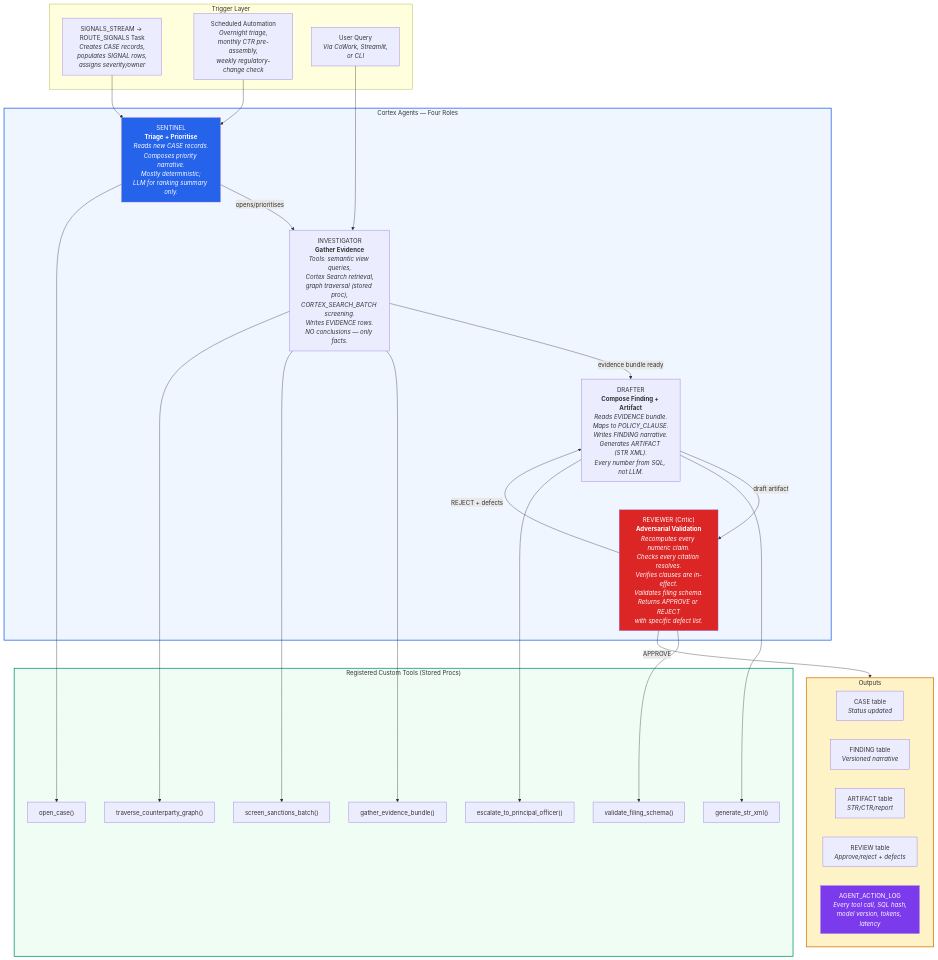
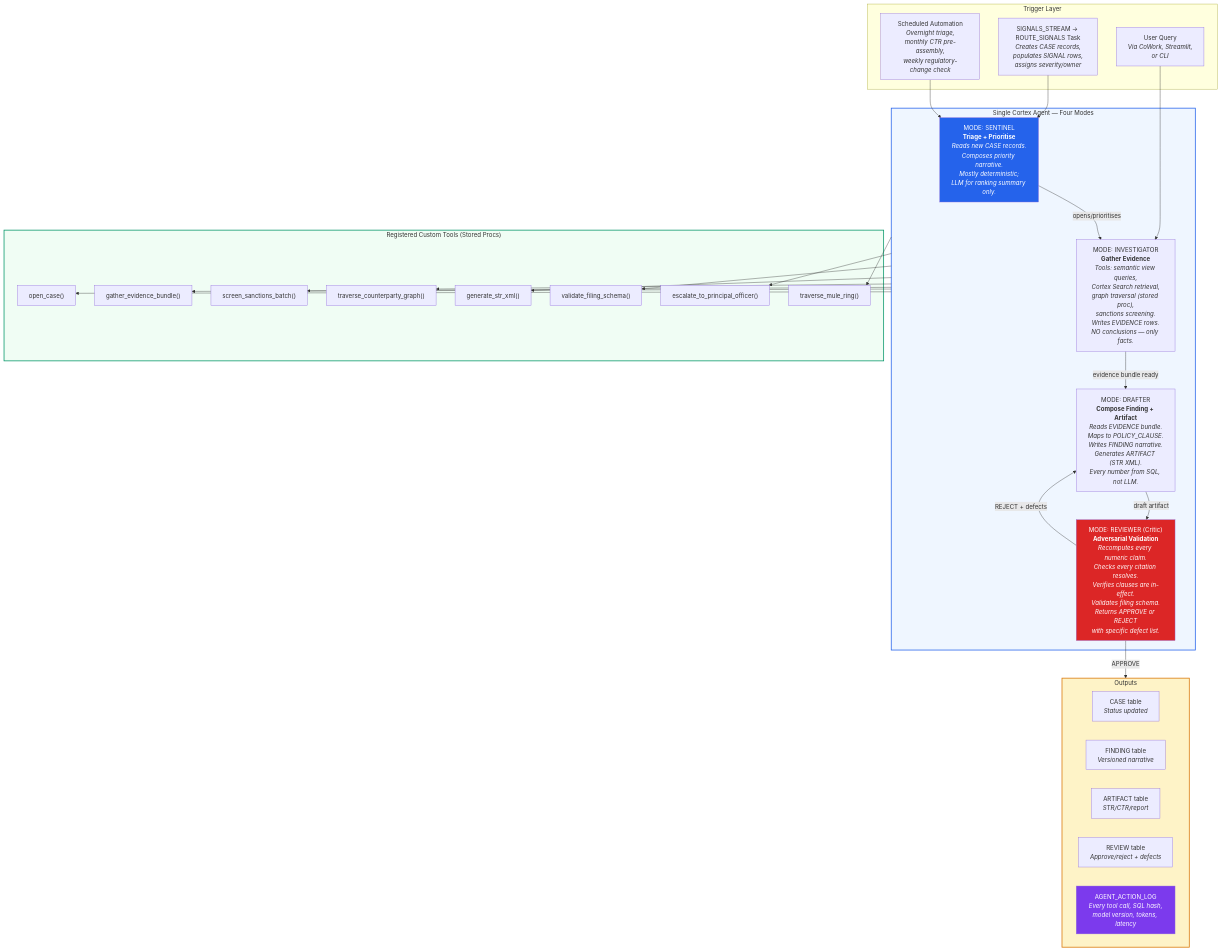
Before and after one commit to AbhaBarge/RiskRemoved_Snowflake: the seventh of 18 diagrams in docs/enhanced-architecture-diagrams.md, drawn with Mermaid. The commit also changed other lines of this file and 4 other files, not shown here.

````diff
--- a/docs/enhanced-architecture-diagrams.md
+++ b/docs/enhanced-architecture-diagrams.md
@@ -520,61 +536,63 @@
 ```mermaid
 flowchart TB
     subgraph TRIGGER["Trigger Layer"]
         STREAM_TASK["SIGNALS_STREAM → ROUTE_SIGNALS Task<br/><i>Creates CASE records,<br/>populates SIGNAL rows,<br/>assigns severity/owner</i>"]
         SCHEDULE["Scheduled Automation<br/><i>Overnight triage,<br/>monthly CTR pre-assembly,<br/>weekly regulatory-change check</i>"]
         USER["User Query<br/><i>Via CoWork, Streamlit,<br/>or CLI</i>"]
     end
 
-    subgraph AGENTS["Cortex Agents — Four Roles"]
-        SENTINEL["SENTINEL<br/><b>Triage + Prioritise</b><br/><i>Reads new CASE records.<br/>Composes priority narrative.<br/>Mostly deterministic;<br/>LLM for ranking summary only.</i>"]
+    subgraph AGENT["Single Cortex Agent — Four Modes"]
+        SENTINEL["MODE: SENTINEL<br/><b>Triage + Prioritise</b><br/><i>Reads new CASE records.<br/>Composes priority narrative.<br/>Mostly deterministic;<br/>LLM for ranking summary only.</i>"]
 
-        INVESTIGATOR["INVESTIGATOR<br/><b>Gather Evidence</b><br/><i>Tools: semantic view queries,<br/>Cortex Search retrieval,<br/>graph traversal (stored proc),<br/>CORTEX_SEARCH_BATCH screening.<br/>Writes EVIDENCE rows.<br/>NO conclusions — only facts.</i>"]
+        INVESTIGATOR["MODE: INVESTIGATOR<br/><b>Gather Evidence</b><br/><i>Tools: semantic view queries,<br/>Cortex Search retrieval,<br/>graph traversal (stored proc),<br/>sanctions screening.<br/>Writes EVIDENCE rows.<br/>NO conclusions — only facts.</i>"]
 
-        DRAFTER["DRAFTER<br/><b>Compose Finding + Artifact</b><br/><i>Reads EVIDENCE bundle.<br/>Maps to POLICY_CLAUSE.<br/>Writes FINDING narrative.<br/>Generates ARTIFACT (STR XML).<br/>Every number from SQL, not LLM.</i>"]
+        DRAFTER["MODE: DRAFTER<br/><b>Compose Finding + Artifact</b><br/><i>Reads EVIDENCE bundle.<br/>Maps to POLICY_CLAUSE.<br/>Writes FINDING narrative.<br/>Generates ARTIFACT (STR XML).<br/>Every number from SQL, not LLM.</i>"]
 
-        REVIEWER["REVIEWER (Critic)<br/><b>Adversarial Validation</b><br/><i>Recomputes every numeric claim.<br/>Checks every citation resolves.<br/>Verifies clauses are in-effect.<br/>Validates filing schema.<br/>Returns APPROVE or REJECT<br/>with specific defect list.</i>"]
+        REVIEWER["MODE: REVIEWER (Critic)<br/><b>Adversarial Validation</b><br/><i>Recomputes every numeric claim.<br/>Checks every citation resolves.<br/>Verifies clauses are in-effect.<br/>Validates filing schema.<br/>Returns APPROVE or REJECT<br/>with specific defect list.</i>"]
     end
 
     subgraph TOOLS["Registered Custom Tools (Stored Procs)"]
         T1["open_case()"]
         T2["gather_evidence_bundle()"]
         T3["screen_sanctions_batch()"]
         T4["traverse_counterparty_graph()"]
         T5["generate_str_xml()"]
         T6["validate_filing_schema()"]
         T7["escalate_to_principal_officer()"]
+        T8["traverse_mule_ring()"]
     end
 
     subgraph OUTPUT["Outputs"]
         CASE_DB["CASE table<br/><i>Status updated</i>"]
         FINDING_DB["FINDING table<br/><i>Versioned narrative</i>"]
         ARTIFACT_DB["ARTIFACT table<br/><i>STR/CTR/report</i>"]
         REVIEW_DB["REVIEW table<br/><i>Approve/reject + defects</i>"]
         AUDIT["AGENT_ACTION_LOG<br/><i>Every tool call, SQL hash,<br/>model version, tokens, latency</i>"]
     end
 
     STREAM_TASK --> SENTINEL
     SCHEDULE --> SENTINEL
     USER --> INVESTIGATOR
 
     SENTINEL -->|"opens/prioritises"| INVESTIGATOR
     INVESTIGATOR -->|"evidence bundle ready"| DRAFTER
     DRAFTER -->|"draft artifact"| REVIEWER
     REVIEWER -->|"REJECT + defects"| DRAFTER
     REVIEWER -->|"APPROVE"| OUTPUT
 
-    INVESTIGATOR --> T2
-    INVESTIGATOR --> T3
-    INVESTIGATOR --> T4
-    DRAFTER --> T5
-    REVIEWER --> T6
-    SENTINEL --> T1
-    DRAFTER --> T7
+    AGENT --> T1
+    AGENT --> T2
+    AGENT --> T3
+    AGENT --> T4
+    AGENT --> T5
+    AGENT --> T6
+    AGENT --> T7
+    AGENT --> T8
 
-    style AGENTS fill:#eff6ff,stroke:#2563eb,stroke-width:2px
+    style AGENT fill:#eff6ff,stroke:#2563eb,stroke-width:2px
     style TOOLS fill:#f0fdf4,stroke:#059669,stroke-width:2px
     style OUTPUT fill:#fef3c7,stroke:#d97706,stroke-width:2px
     style REVIEWER fill:#dc2626,color:#fff
     style SENTINEL fill:#2563eb,color:#fff
     style AUDIT fill:#7c3aed,color:#fff
 ```
````
